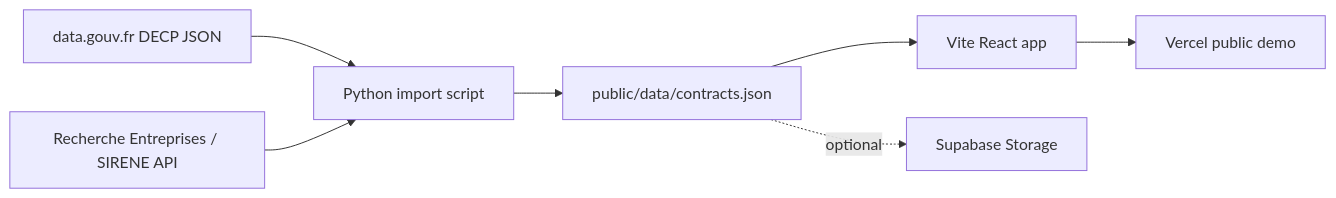
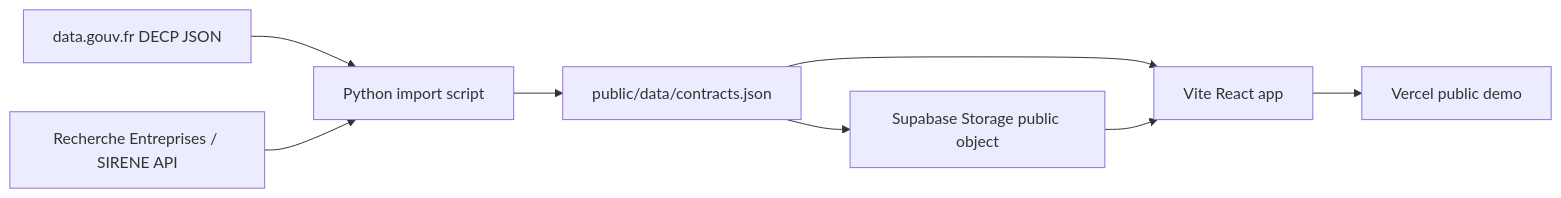
The diagram in docs/architecture.md (francoisdugarreau-creator/PublicMoneyRadar), drawn with Mermaid before and after one commit. The commit also changed other lines of this file and 12 other files, not shown here.

````diff
--- a/docs/architecture.md
+++ b/docs/architecture.md
@@ -9,9 +9,10 @@
 ```mermaid
 flowchart LR
   A[data.gouv.fr DECP JSON] --> B[Python import script]
   C[Recherche Entreprises / SIRENE API] --> B
   B --> D[public/data/contracts.json]
   D --> E[Vite React app]
-  D -. optional .-> F[Supabase Storage]
+  D --> F[Supabase Storage public object]
+  F --> E
   E --> G[Vercel public demo]
 ```
````
